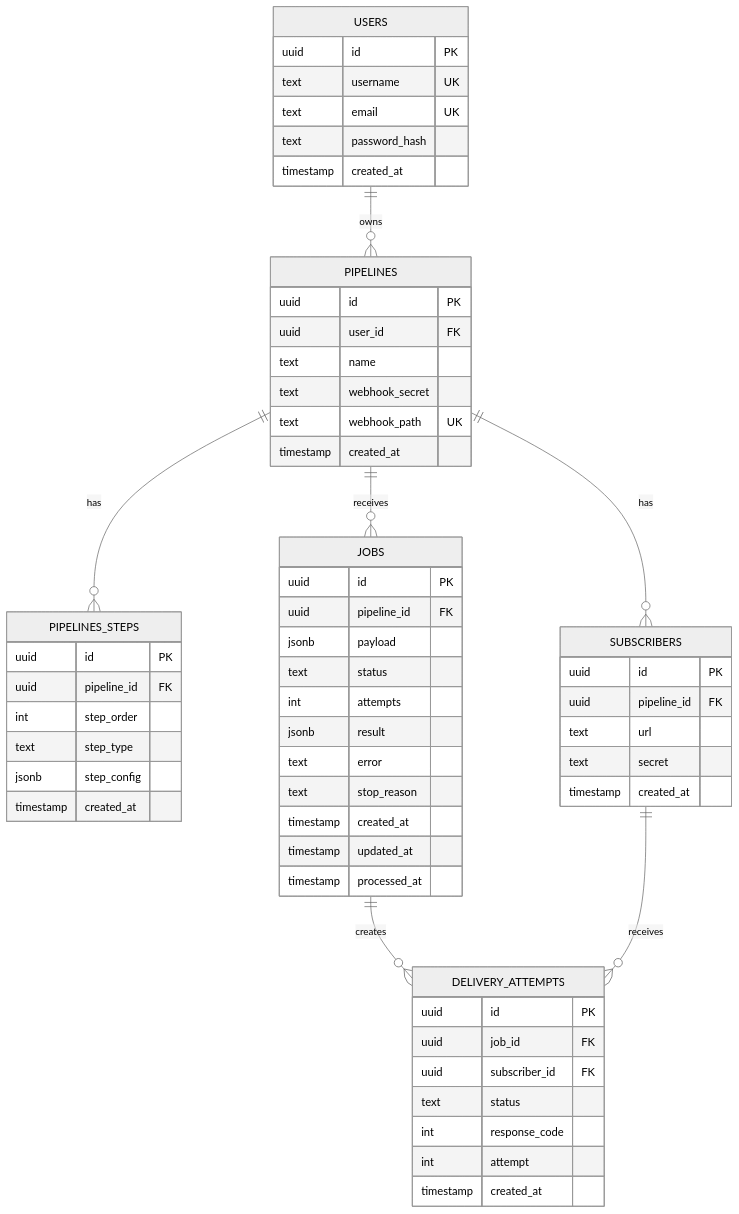
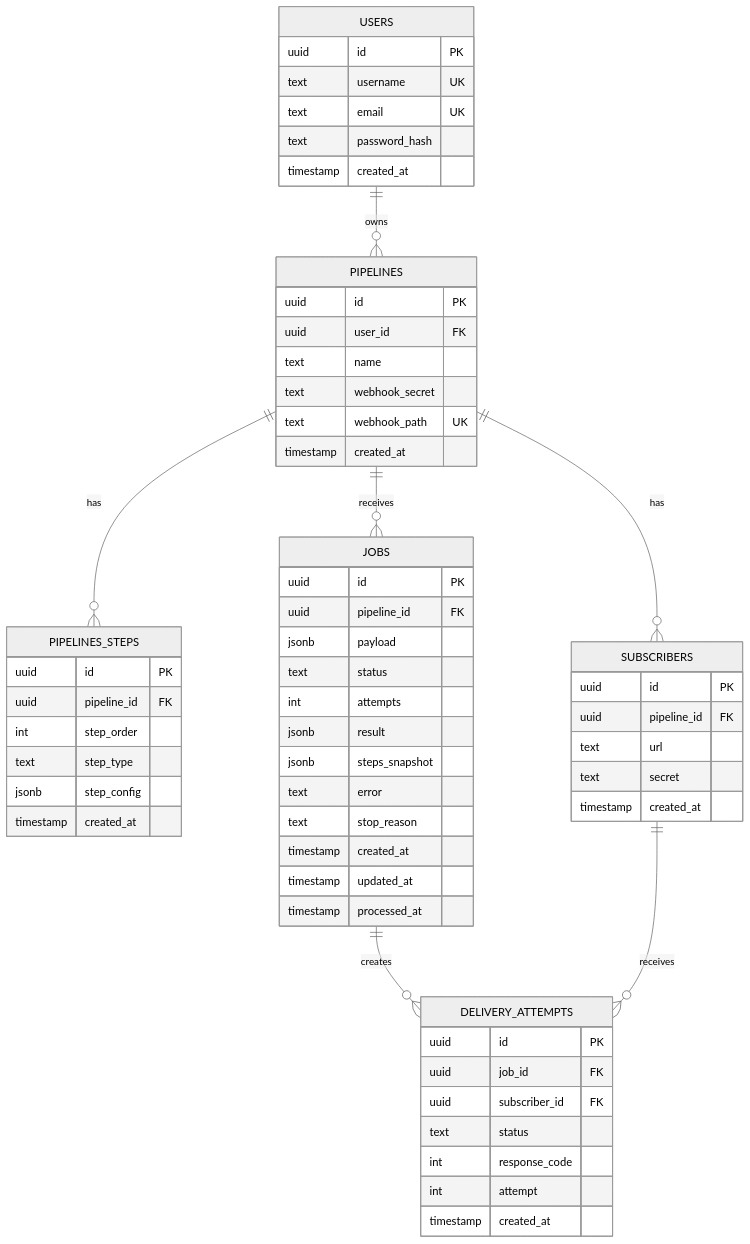
Before and after one commit to darxx03eh/webhook-driven-task-processing-pipeline: the second of 2 diagrams in README.md, drawn with Mermaid (neutral theme).

Commit message:
add steps_snapshot column to jobs table

````diff
--- a/README.md
+++ b/README.md
@@ -132,67 +132,68 @@
 ```mermaid
 erDiagram
     USERS ||--o{ PIPELINES : owns
     PIPELINES ||--o{ PIPELINES_STEPS : has
     PIPELINES ||--o{ SUBSCRIBERS : has
     PIPELINES ||--o{ JOBS : receives
     JOBS ||--o{ DELIVERY_ATTEMPTS : creates
     SUBSCRIBERS ||--o{ DELIVERY_ATTEMPTS : receives
 
     USERS {
       uuid id PK
       text username UK
       text email UK
       text password_hash
       timestamp created_at
     }
 
     PIPELINES {
       uuid id PK
       uuid user_id FK
       text name
       text webhook_secret
       text webhook_path UK
       timestamp created_at
     }
 
     PIPELINES_STEPS {
       uuid id PK
       uuid pipeline_id FK
       int step_order
       text step_type
       jsonb step_config
       timestamp created_at
     }
 
     SUBSCRIBERS {
       uuid id PK
       uuid pipeline_id FK
       text url
       text secret
       timestamp created_at
     }
 
     JOBS {
       uuid id PK
       uuid pipeline_id FK
       jsonb payload
       text status
       int attempts
       jsonb result
+      jsonb steps_snapshot
       text error
       text stop_reason
       timestamp created_at
       timestamp updated_at
       timestamp processed_at
     }
 
     DELIVERY_ATTEMPTS {
       uuid id PK
       uuid job_id FK
       uuid subscriber_id FK
       text status
       int response_code
       int attempt
       timestamp created_at
     }
 ```
````
